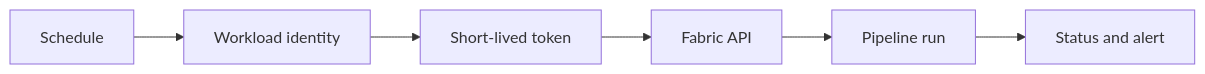
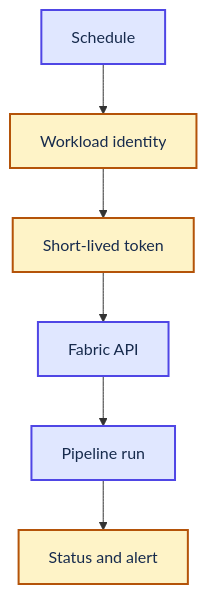
The diagram in site/content/docs/video-fabric-pipelines-workload-identity.md (Acestus/portfolio), drawn with Mermaid before and after one commit. The commit also changed 20 other files, not shown here.

Commit message:
Apply Mermaid and Pele style to video guides (#58)

````diff
--- a/site/content/docs/video-fabric-pipelines-workload-identity.md
+++ b/site/content/docs/video-fabric-pipelines-workload-identity.md
@@ -27,8 +27,14 @@
 ```mermaid
-flowchart LR
+flowchart TD
+  accTitle: Scheduling Fabric pipelines with workload identity
   S[Schedule] --> W[Workload identity]
   W --> T[Short-lived token]
   T --> A[Fabric API]
   A --> P[Pipeline run]
   P --> M[Status and alert]
+
+  classDef primary fill:#E0E7FF,stroke:#4F46E5,color:#172B4D,stroke-width:2px
+  classDef secondary fill:#FEF3C7,stroke:#B45309,color:#172B4D,stroke-width:2px
+  class S,A,P primary
+  class W,T,M secondary
 ```
````
